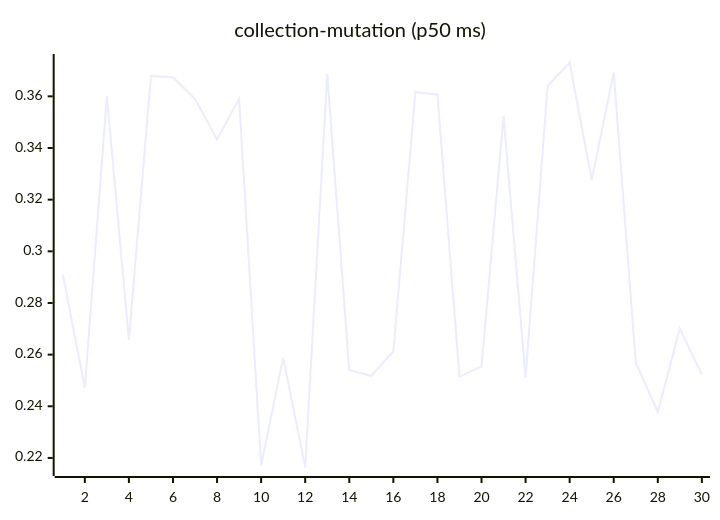
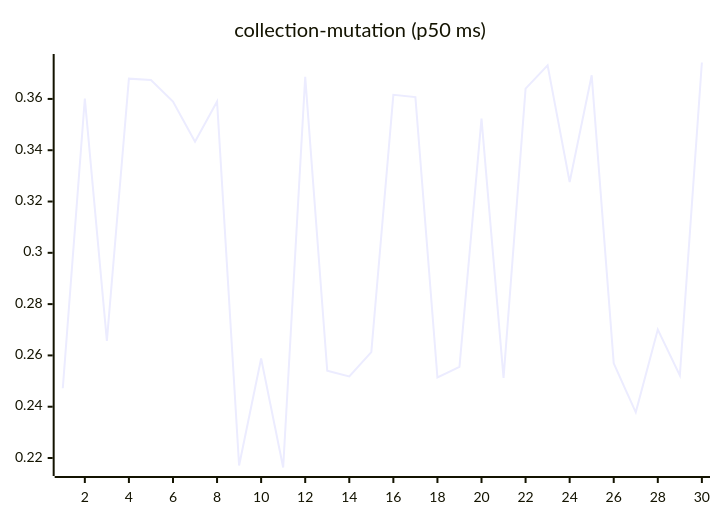
One commit to josha/Facet changed the sixth of 27 diagrams in README.md. Above: the diagram before and after it, drawn with Mermaid. The commit also changed other lines of this file and 2 other files, not shown here.

````diff
--- a/README.md
+++ b/README.md
@@ -98,6 +98,6 @@
 ```mermaid
 xychart-beta
     title "collection-mutation (p50 ms)"
     x-axis 1 --> 30
-    line [0.2910, 0.2472, 0.3601, 0.2657, 0.3679, 0.3674, 0.3590, 0.3433, 0.3590, 0.2171, 0.2588, 0.2163, 0.3686, 0.2540, 0.2518, 0.2613, 0.3616, 0.3607, 0.2514, 0.2555, 0.3523, 0.2512, 0.3640, 0.3731, 0.3276, 0.3692, 0.2569, 0.2378, 0.2701, 0.2522]
+    line [0.2472, 0.3601, 0.2657, 0.3679, 0.3674, 0.3590, 0.3433, 0.3590, 0.2171, 0.2588, 0.2163, 0.3686, 0.2540, 0.2518, 0.2613, 0.3616, 0.3607, 0.2514, 0.2555, 0.3523, 0.2512, 0.3640, 0.3731, 0.3276, 0.3692, 0.2569, 0.2378, 0.2701, 0.2522, 0.3742]
 ```
````
